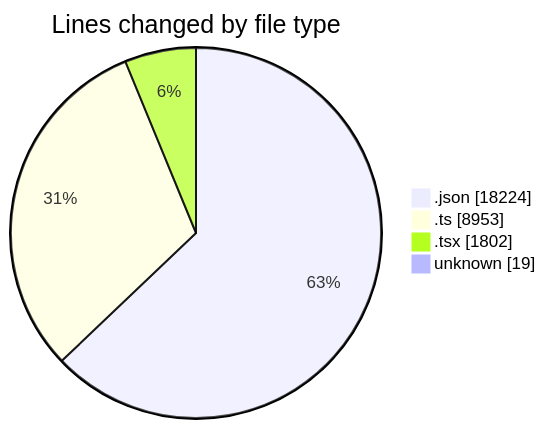
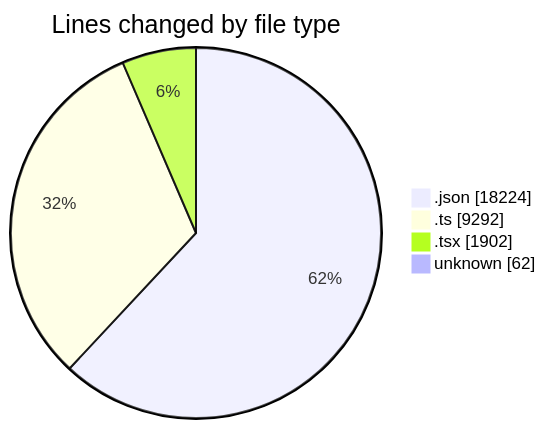
One commit to CELIANVF/code-tracking changed the first of 2 diagrams in 2025-05-09/ecodeli/README.md. Above: the diagram before and after it, drawn with Mermaid. The commit also changed other lines of this file and 1 other file, not shown here.

````diff
--- a/2025-05-09/ecodeli/README.md
+++ b/2025-05-09/ecodeli/README.md
@@ -34,8 +35,8 @@
 ```mermaid
 pie showData
 title Lines changed by file type
 ".json" : 18224
-".ts" : 8953
-".tsx" : 1802
-"unknown" : 19
+".ts" : 9292
+".tsx" : 1902
+"unknown" : 62
 ```
````
